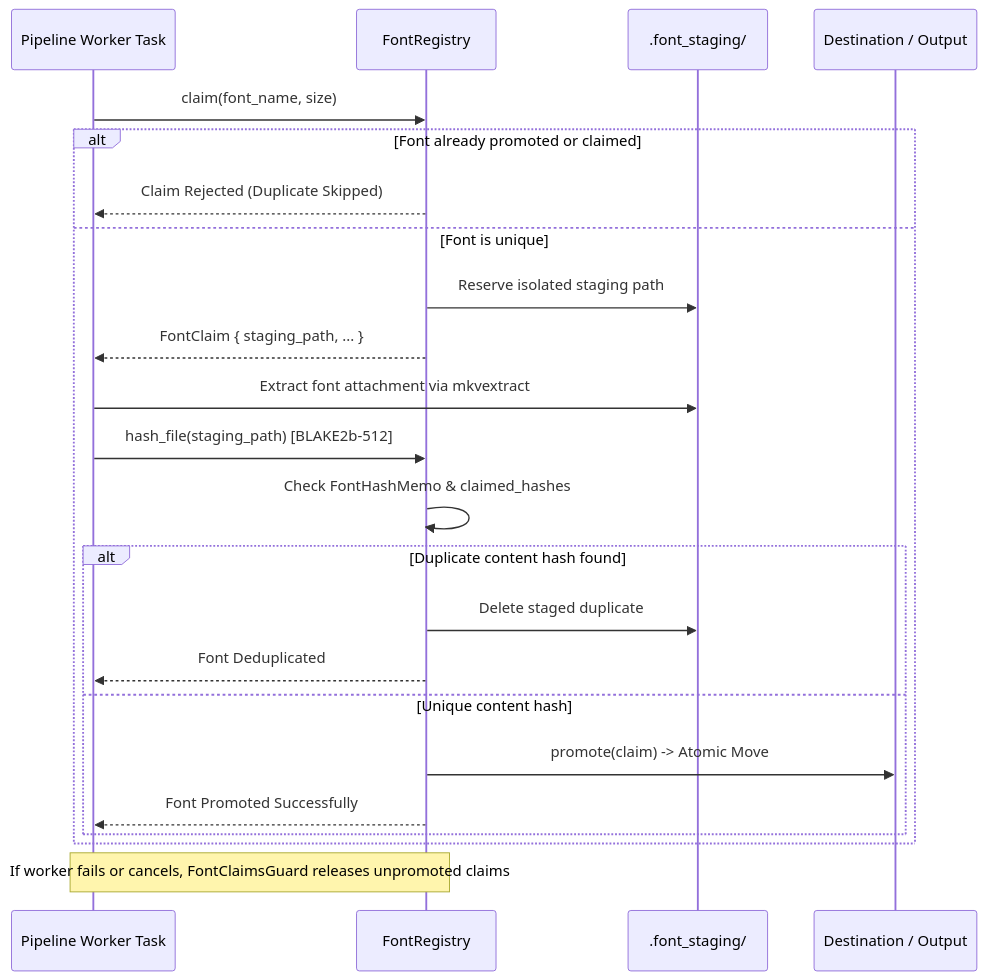
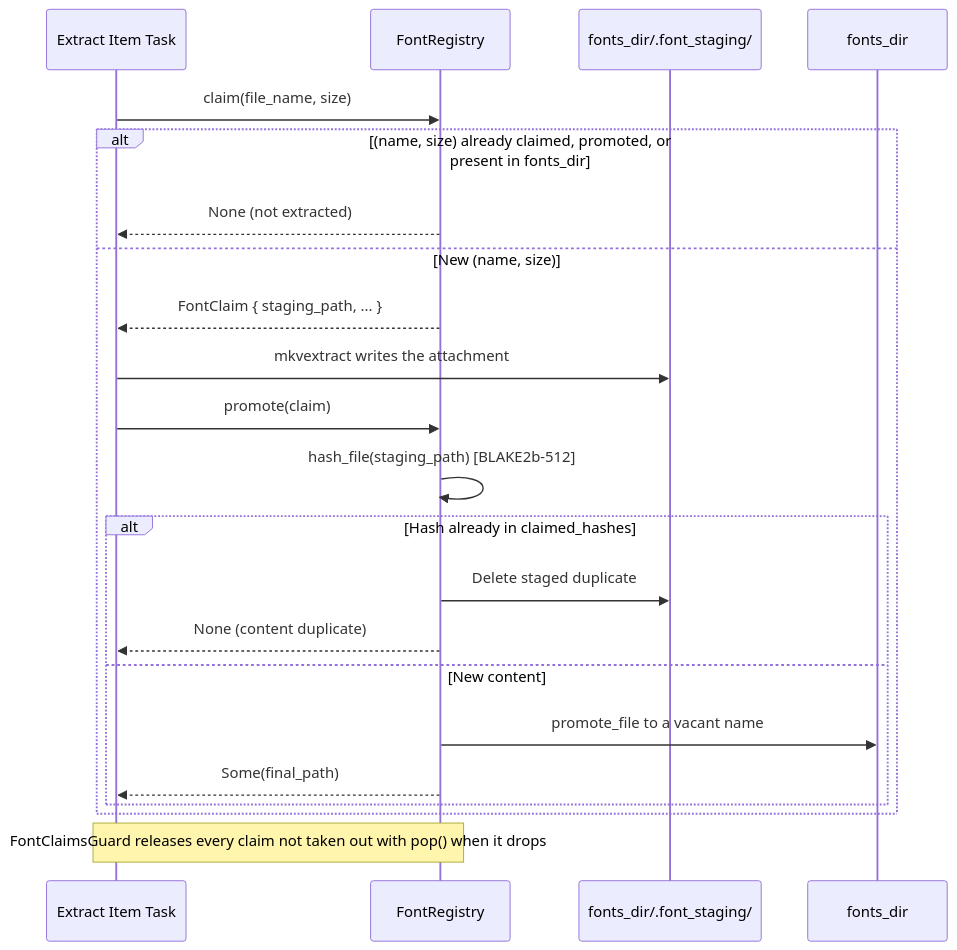
One commit to Si-Forces/mkvanimebatch changed the fourth of 8 diagrams in architecture.md. Above: the diagram before and after it, drawn with Mermaid. The commit also changed other lines of this file and 78 other files, not shown here.

````diff
--- a/architecture.md
+++ b/architecture.md
@@ -278,26 +282,25 @@
 ```mermaid
 sequenceDiagram
-    participant Worker as Pipeline Worker Task
+    participant Worker as Extract Item Task
     participant FR as FontRegistry
-    participant Staging as .font_staging/
-    participant Target as Destination / Output
+    participant Staging as fonts_dir/.font_staging/
+    participant Target as fonts_dir
 
-    Worker->>FR: claim(font_name, size)
-    alt Font already promoted or claimed
-        FR-->>Worker: Claim Rejected (Duplicate Skipped)
-    else Font is unique
-        FR->>Staging: Reserve isolated staging path
+    Worker->>FR: claim(file_name, size)
+    alt (name, size) already claimed, promoted, or present in fonts_dir
+        FR-->>Worker: None (not extracted)
+    else New (name, size)
         FR-->>Worker: FontClaim { staging_path, ... }
-        Worker->>Staging: Extract font attachment via mkvextract
-        Worker->>FR: hash_file(staging_path) [BLAKE2b-512]
-        FR->>FR: Check FontHashMemo & claimed_hashes
-        alt Duplicate content hash found
+        Worker->>Staging: mkvextract writes the attachment
+        Worker->>FR: promote(claim)
+        FR->>FR: hash_file(staging_path) [BLAKE2b-512]
+        alt Hash already in claimed_hashes
             FR->>Staging: Delete staged duplicate
-            FR-->>Worker: Font Deduplicated
-        else Unique content hash
-            FR->>Target: promote(claim) -> Atomic Move
-            FR-->>Worker: Font Promoted Successfully
+            FR-->>Worker: None (content duplicate)
+        else New content
+            FR->>Target: promote_file to a vacant name
+            FR-->>Worker: Some(final_path)
         end
     end
-    Note over Worker,FR: If worker fails or cancels, FontClaimsGuard releases unpromoted claims
+    Note over Worker,FR: FontClaimsGuard releases every claim not taken out with pop() when it drops
 ```
````
